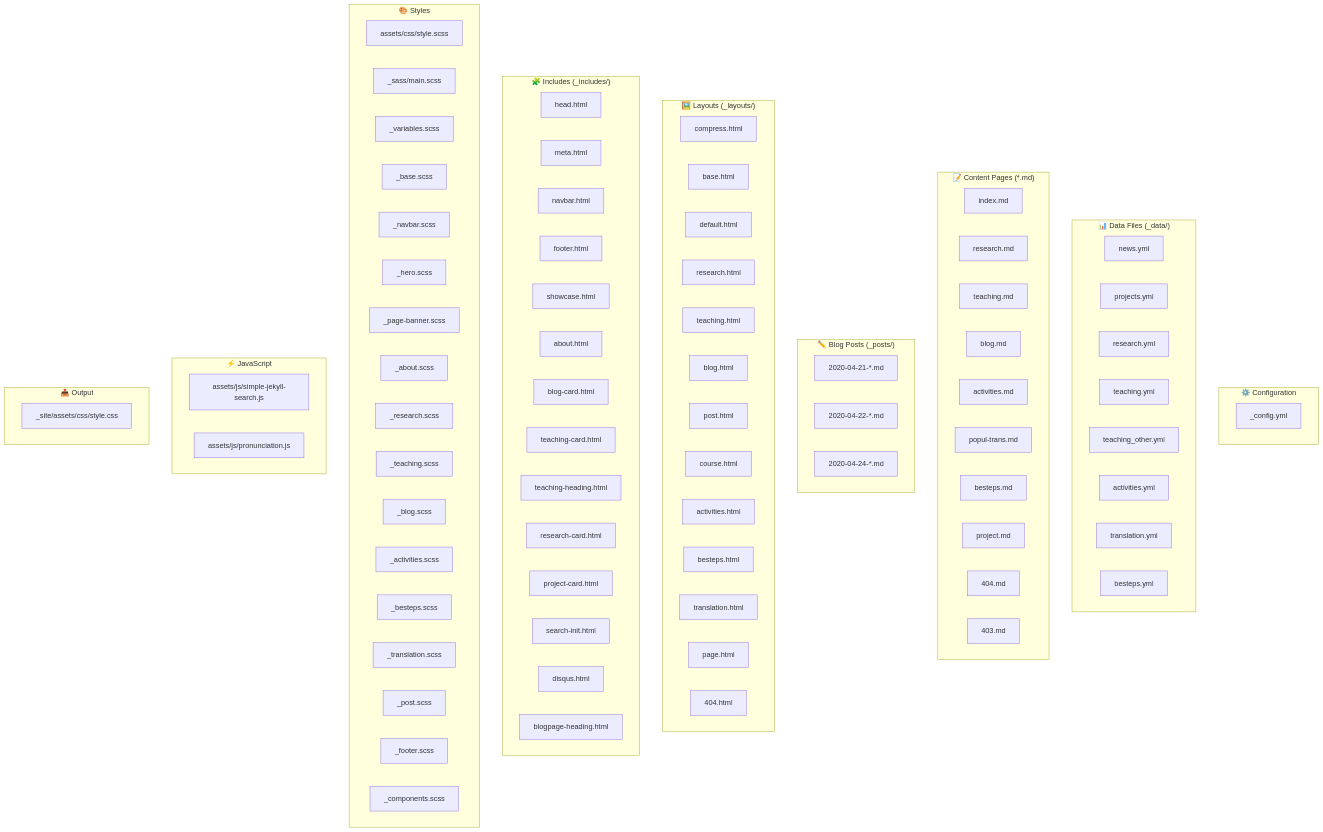
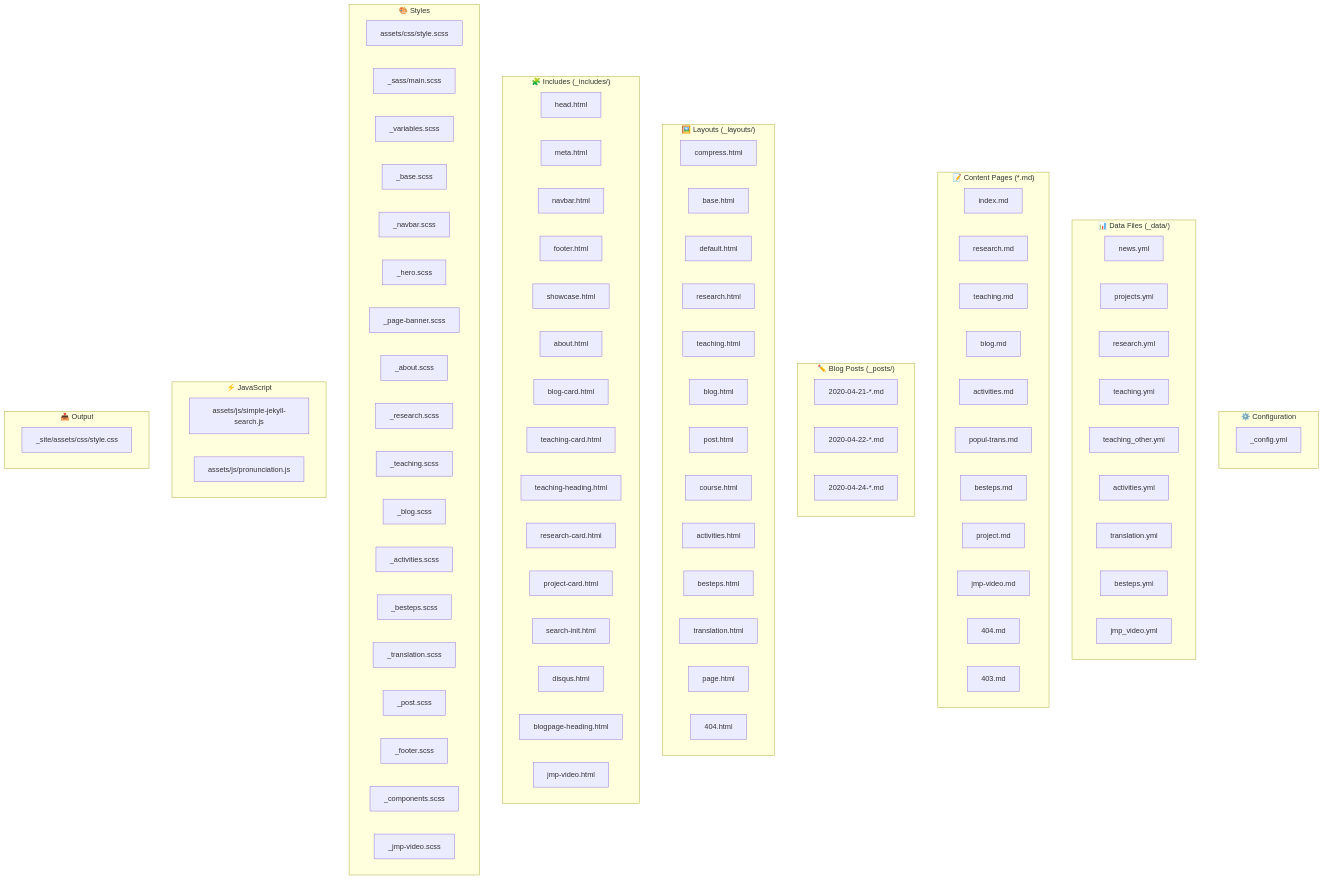
Before and after one commit to lin-mengwei/lin-mengwei.github.io: the first of 6 diagrams in ARCHITECTURE.md, drawn with Mermaid. The commit also changed other lines of this file and 10 other files, not shown here.

First line of the commit message:
Add self-hosted JMP video page

```diff
--- a/ARCHITECTURE.md
+++ b/ARCHITECTURE.md
@@ -19,6 +19,7 @@
         activities_data[activities.yml]
         translation_data[translation.yml]
         besteps_data[besteps.yml]
+        jmp_video_data[jmp_video.yml]
     end
 
     subgraph CONTENT["📝 Content Pages (*.md)"]
@@ -30,6 +31,7 @@
         popul_trans[popul-trans.md]
         besteps[besteps.md]
         project_md[project.md]
+        jmp_video_md[jmp-video.md]
         err404[404.md]
         err403[403.md]
     end
@@ -71,6 +73,7 @@
         search_init[search-init.html]
         disqus[disqus.html]
         blogpage_heading[blogpage-heading.html]
+        jmp_video_inc[jmp-video.html]
     end
 
     subgraph SCSS["🎨 Styles"]
@@ -91,6 +94,7 @@
         post_scss[_post.scss]
         footer_scss[_footer.scss]
         components_scss[_components.scss]
+        jmp_video_scss[_jmp-video.scss]
     end
 
     subgraph JS["⚡ JavaScript"]
```
